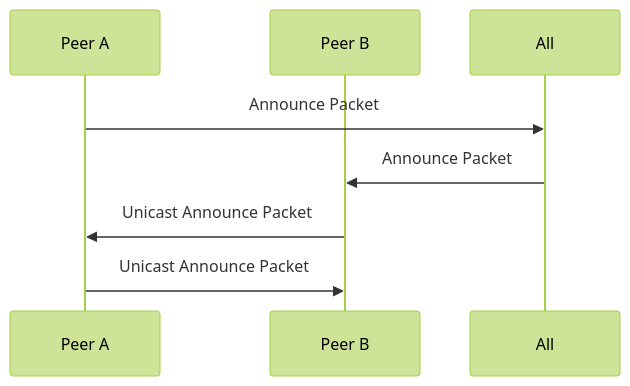
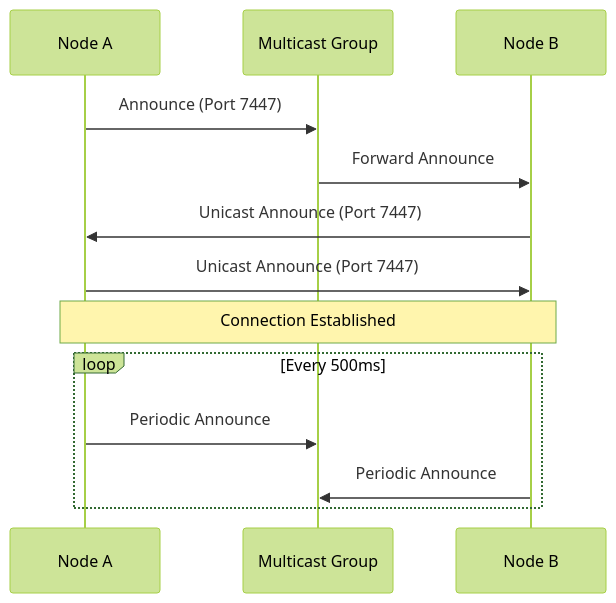
Before and after one commit to Fastcode/NUClear: the third of 15 diagrams in docs2/network/NUClearNet.md, drawn with Mermaid (forest theme). The commit also changed other lines of this file, not shown here.

````diff
--- a/docs2/network/NUClearNet.md
+++ b/docs2/network/NUClearNet.md
@@ -39,9 +116,16 @@
 ```mermaid
 sequenceDiagram
-    participant Peer A
-    participant Peer B
-    Peer A->>All: Announce Packet
-    All->>Peer B: Announce Packet
-    Peer B->>Peer A: Unicast Announce Packet
-    Peer A->>Peer B: Unicast Announce Packet
+    participant A as Node A
+    participant M as Multicast Group
+    participant B as Node B
+
+    A->>M: Announce (Port 7447)
+    M->>B: Forward Announce
+    B->>A: Unicast Announce (Port 7447)
+    A->>B: Unicast Announce (Port 7447)
+    Note over A,B: Connection Established
+    loop Every 500ms
+        A->>M: Periodic Announce
+        B->>M: Periodic Announce
+    end
 ```
````
